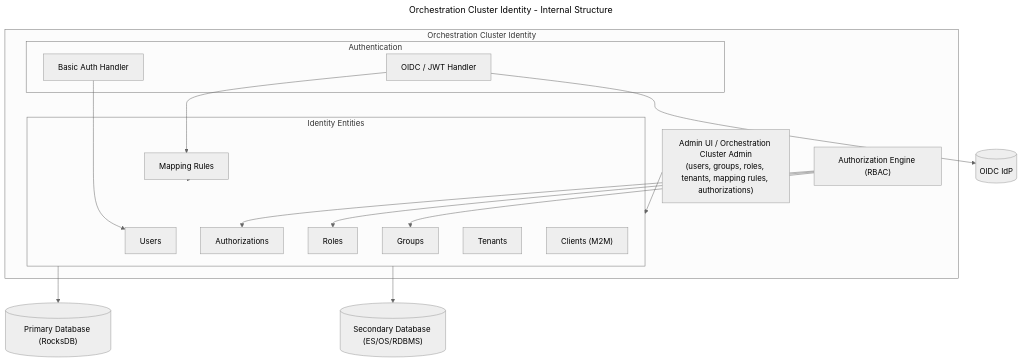
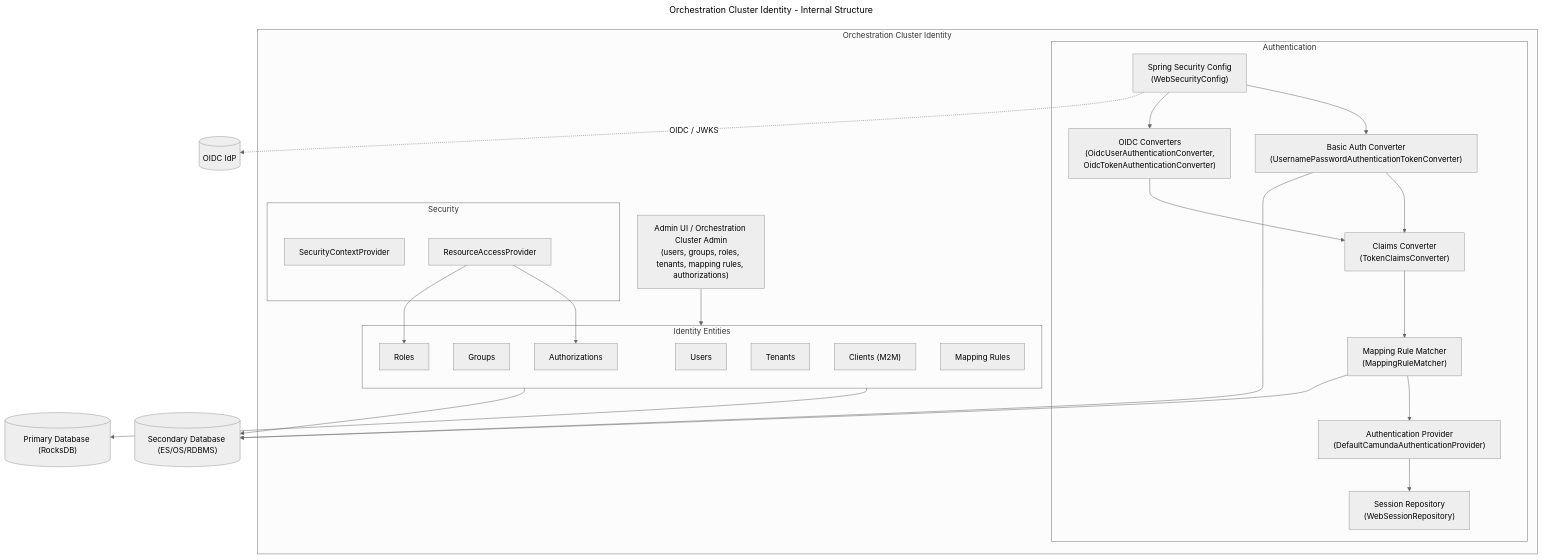
The fourth of 13 diagrams in docs/identity/architecture-documentation.md (camunda/camunda), drawn with Mermaid (neutral theme) before and after one commit. The commit also changed other lines of this file, not shown here.

Commit message:
docs: fix login/logout sequence diagrams and add class references to architecture diagrams

````diff
--- a/docs/identity/architecture-documentation.md
+++ b/docs/identity/architecture-documentation.md
@@ -240,41 +240,53 @@
 ```mermaid
 ---
 title: Orchestration Cluster Identity - Internal Structure
 ---
 flowchart TB
   subgraph OC_IDENTITY["Orchestration Cluster Identity"]
     ADMIN_UI["Admin UI / Orchestration Cluster Admin\n(users, groups, roles, tenants, mapping rules, authorizations)"]
 
     subgraph AUTHN["Authentication"]
-      BASIC_AUTH["Basic Auth Handler"]
-      OIDC_AUTH["OIDC / JWT Handler"]
+      WEB_SEC_CFG["Spring Security Config\n(WebSecurityConfig)"]
+      BASIC_CONV["Basic Auth Converter\n(UsernamePasswordAuthenticationTokenConverter)"]
+      OIDC_CONV["OIDC Converters\n(OidcUserAuthenticationConverter,\nOidcTokenAuthenticationConverter)"]
+      CLAIMS_CONV["Claims Converter\n(TokenClaimsConverter)"]
+      MAPPING_MATCHER["Mapping Rule Matcher\n(MappingRuleMatcher)"]
+      AUTHN_PROVIDER["Authentication Provider\n(DefaultCamundaAuthenticationProvider)"]
+      SESSION_REPO["Session Repository\n(WebSessionRepository)"]
     end
 
     subgraph IDENTITY_ENTITIES["Identity Entities"]
       USERS["Users"]
       GROUPS["Groups"]
       ROLES["Roles"]
       AUTHORIZATIONS["Authorizations"]
       TENANTS["Tenants"]
       CLIENTS_ENT["Clients (M2M)"]
       MAPPING_RULES["Mapping Rules"]
     end
 
-    AUTHZ_ENGINE["Authorization Engine (RBAC)"]
+    subgraph SECURITY_BB["Security"]
+      SC_PROVIDER["SecurityContextProvider"]
+      RESOURCE_ACCESS["ResourceAccessProvider"]
+    end
 
     ADMIN_UI --> IDENTITY_ENTITIES
-    BASIC_AUTH --> USERS
-    OIDC_AUTH --> MAPPING_RULES --> IDENTITY_ENTITIES
-    AUTHZ_ENGINE --> AUTHORIZATIONS
-    AUTHZ_ENGINE --> ROLES
-    AUTHZ_ENGINE --> GROUPS
+    WEB_SEC_CFG --> BASIC_CONV
+    WEB_SEC_CFG --> OIDC_CONV
+    BASIC_CONV --> CLAIMS_CONV
+    OIDC_CONV --> CLAIMS_CONV
+    CLAIMS_CONV --> MAPPING_MATCHER --> AUTHN_PROVIDER --> SESSION_REPO
+    RESOURCE_ACCESS --> AUTHORIZATIONS
+    RESOURCE_ACCESS --> ROLES
   end
 
   IDP[("OIDC IdP")]
   PRIMARY_DB[("Primary Database (RocksDB)")]
   SECONDARY_DB[("Secondary Database (ES/OS/RDBMS)")]
 
-  OIDC_AUTH --> IDP
+  WEB_SEC_CFG -.->|"OIDC / JWKS"| IDP
   IDENTITY_ENTITIES --> PRIMARY_DB
   IDENTITY_ENTITIES --> SECONDARY_DB
+  MAPPING_MATCHER --> SECONDARY_DB
+  BASIC_CONV --> SECONDARY_DB
 ```
````
